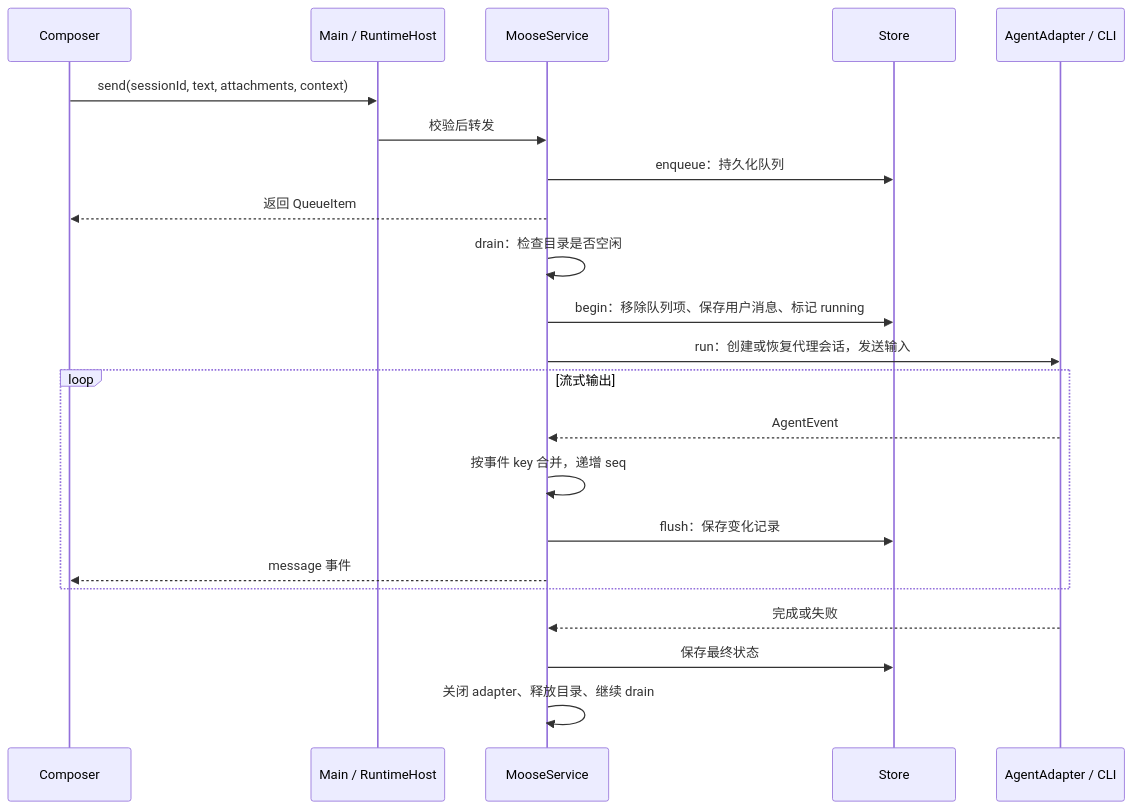
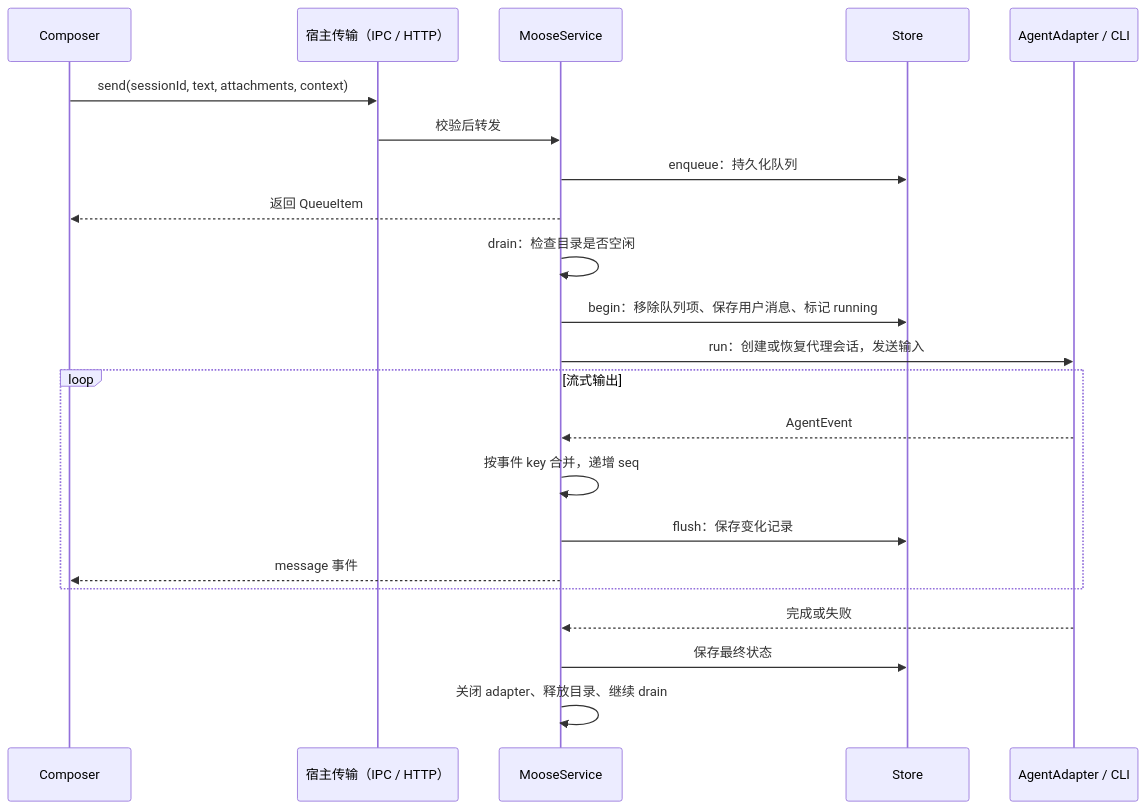
One commit to shqingda/moose changed the second of 3 diagrams in docs/architecture.md. Above: the diagram before and after it, drawn with Mermaid. The commit also changed other lines of this file and 34 other files, not shown here.

````diff
--- a/docs/architecture.md
+++ b/docs/architecture.md
@@ -85,24 +87,24 @@
 ```mermaid
 sequenceDiagram
   participant UI as Composer
-  participant Main as Main / RuntimeHost
+  participant Main as 宿主传输（IPC / HTTP）
   participant S as MooseService
   participant DB as Store
   participant A as AgentAdapter / CLI
   UI->>Main: send(sessionId, text, attachments, context)
   Main->>S: 校验后转发
   S->>DB: enqueue：持久化队列
   S-->>UI: 返回 QueueItem
   S->>S: drain：检查目录是否空闲
   S->>DB: begin：移除队列项、保存用户消息、标记 running
   S->>A: run：创建或恢复代理会话，发送输入
   loop 流式输出
     A-->>S: AgentEvent
     S->>S: 按事件 key 合并，递增 seq
     S->>DB: flush：保存变化记录
     S-->>UI: message 事件
   end
   A-->>S: 完成或失败
   S->>DB: 保存最终状态
   S->>S: 关闭 adapter、释放目录、继续 drain
 ```
````
